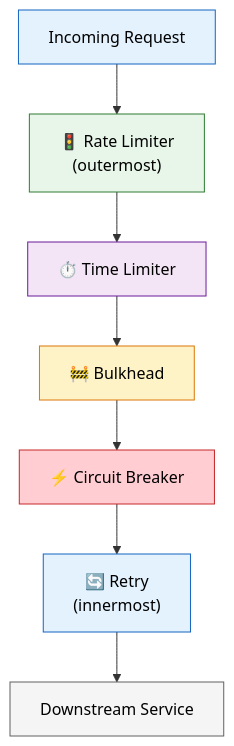
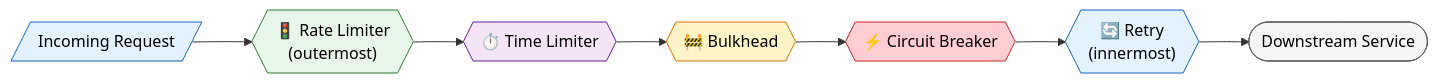
The fifth of 5 diagrams in docs/microservices/resilience-patterns.md (saivamsikaruturi/vamsilabs-dev-notes-main), drawn with Mermaid before and after one commit. The commit also changed other lines of this file and 146 other files, not shown here.

Commit message:
Horizontal diagrams, UML class diagrams, typography overhaul, and permalink cleanup

````diff
--- a/docs/microservices/resilience-patterns.md
+++ b/docs/microservices/resilience-patterns.md
@@ -506,17 +506,17 @@
 ```mermaid
-flowchart TD
-    REQ["Incoming Request"] --> RT["🚦 Rate Limiter<br/>(outermost)"]
-    RT --> RL["⏱️ Time Limiter"]
-    RL --> BH["🚧 Bulkhead"]
-    BH --> CB["⚡ Circuit Breaker"]
-    CB --> RY["🔄 Retry<br/>(innermost)"]
-    RY --> SVC["Downstream Service"]
+flowchart LR
+    REQ[/"Incoming Request"/] --> RT{{"🚦 Rate Limiter<br/>(outermost)"}}
+    RT --> RL{{"⏱️ Time Limiter"}}
+    RL --> BH{{"🚧 Bulkhead"}}
+    BH --> CB{{"⚡ Circuit Breaker"}}
+    CB --> RY{{"🔄 Retry<br/>(innermost)"}}
+    RY --> SVC(["Downstream Service"])
 
     style REQ fill:#E3F2FD,stroke:#1565C0,color:#000
     style RT fill:#E8F5E9,stroke:#2E7D32,color:#000
     style RL fill:#F3E5F5,stroke:#6A1B9A,color:#000
     style BH fill:#FEF3C7,stroke:#D97706,color:#000
     style CB fill:#FFCDD2,stroke:#C62828,color:#000
     style RY fill:#E3F2FD,stroke:#1565C0,color:#000
     style SVC fill:#F5F5F5,stroke:#616161,color:#000
 ```
````
